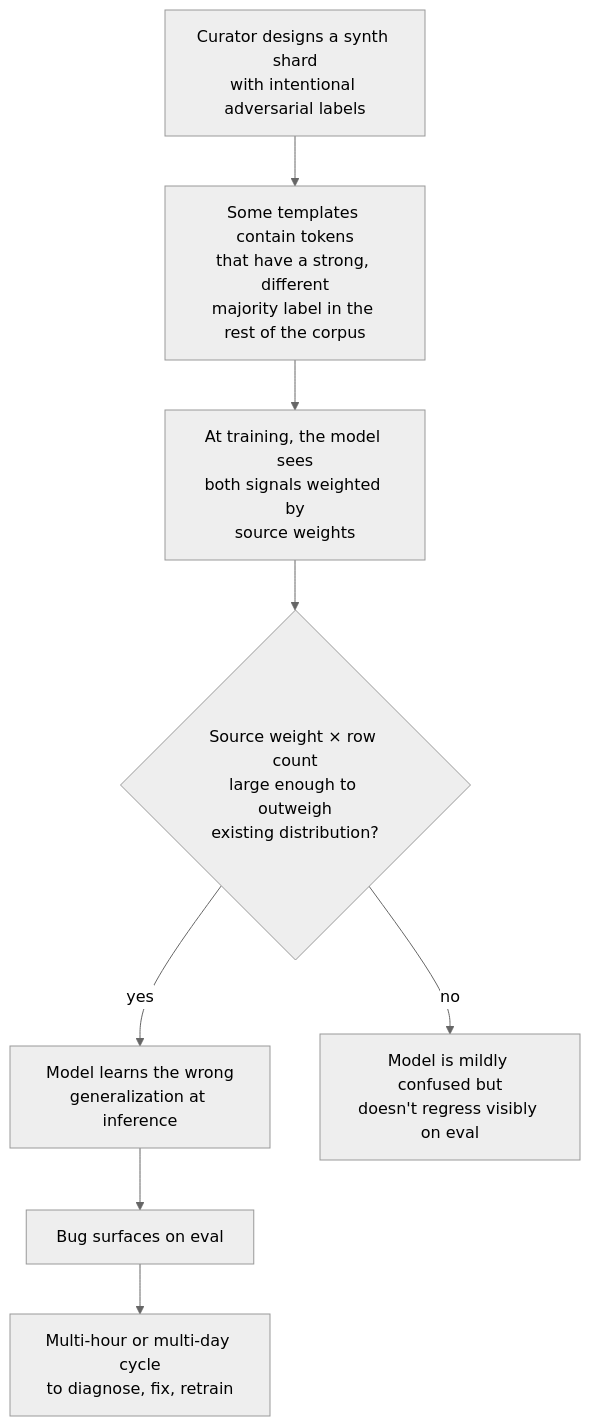
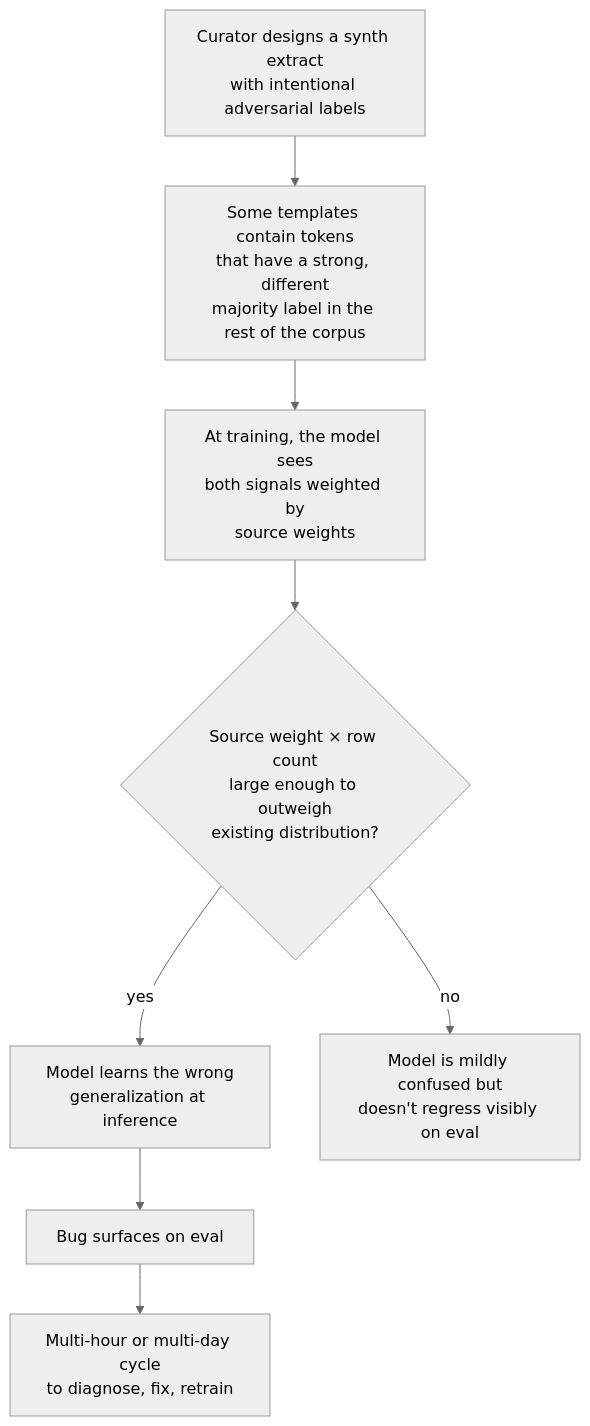
Before and after one commit to sister-software/mailwoman: the diagram in docs/records/site-2026-08/concepts/corpus-poisoning-vulnerability.mdx, drawn with Mermaid (neutral theme). The commit also changed other lines of this file and 5709 other files, not shown here.

````diff
--- a/docs/records/site-2026-08/concepts/corpus-poisoning-vulnerability.mdx
+++ b/docs/records/site-2026-08/concepts/corpus-poisoning-vulnerability.mdx
@@ -102,10 +102,10 @@
 ```mermaid
 flowchart TB
-    A[Curator designs a synth shard<br>with intentional adversarial labels] --> B[Some templates contain tokens<br>that have a strong, different<br>majority label in the rest of the corpus]
+    A[Curator designs a synth extract<br>with intentional adversarial labels] --> B[Some templates contain tokens<br>that have a strong, different<br>majority label in the rest of the corpus]
     B --> C[At training, the model sees<br>both signals weighted by<br>source weights]
     C --> D{Source weight × row count<br>large enough to outweigh<br>existing distribution?}
     D -->|yes| E[Model learns the wrong<br>generalization at inference]
     D -->|no| F[Model is mildly confused but<br>doesn't regress visibly on eval]
     E --> G[Bug surfaces on eval]
     G --> H[Multi-hour or multi-day cycle<br>to diagnose, fix, retrain]
 ```
````
